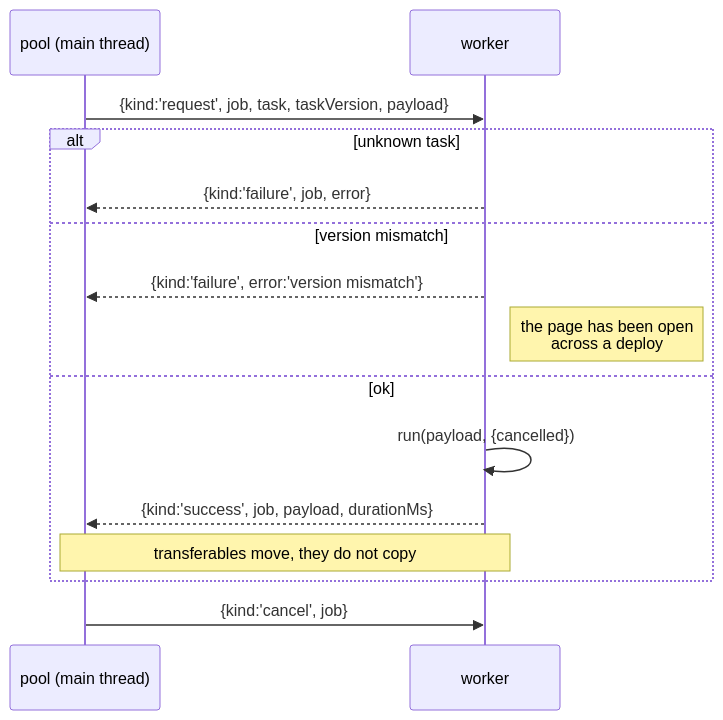
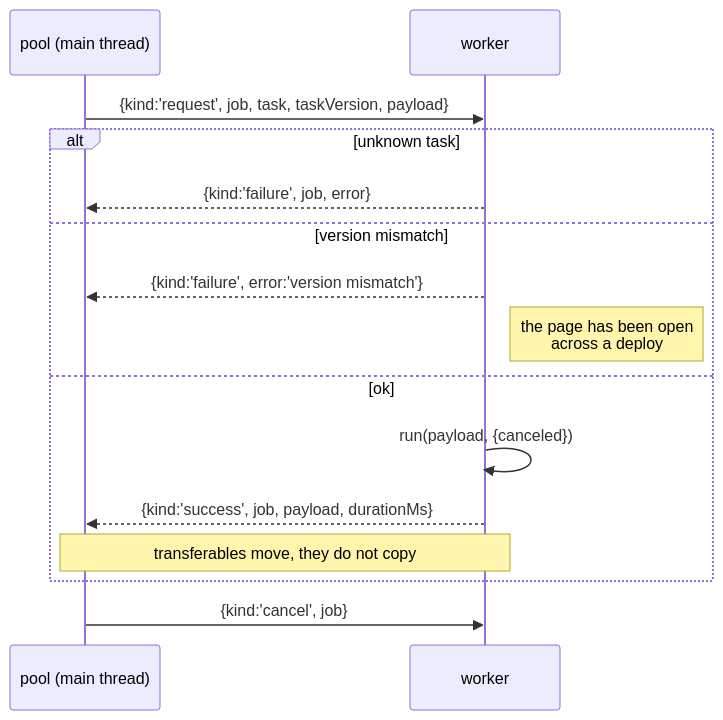
One commit to jonjaques/inertialref changed the third of 4 diagrams in docs/concepts/workers.md. Above: the diagram before and after it, drawn with Mermaid. The commit also changed other lines of this file and 358 other files, not shown here.

````diff
--- a/docs/concepts/workers.md
+++ b/docs/concepts/workers.md
@@ -101,17 +101,17 @@
 ```mermaid
 sequenceDiagram
     participant P as pool (main thread)
     participant W as worker
     P->>W: {kind:'request', job, task, taskVersion, payload}
     alt unknown task
         W-->>P: {kind:'failure', job, error}
     else version mismatch
         W-->>P: {kind:'failure', error:'version mismatch'}
         Note right of W: the page has been open<br/>across a deploy
     else ok
-        W->>W: run(payload, {cancelled})
+        W->>W: run(payload, {canceled})
         W-->>P: {kind:'success', job, payload, durationMs}
         Note over P,W: transferables move, they do not copy
     end
     P->>W: {kind:'cancel', job}
 ```
````
